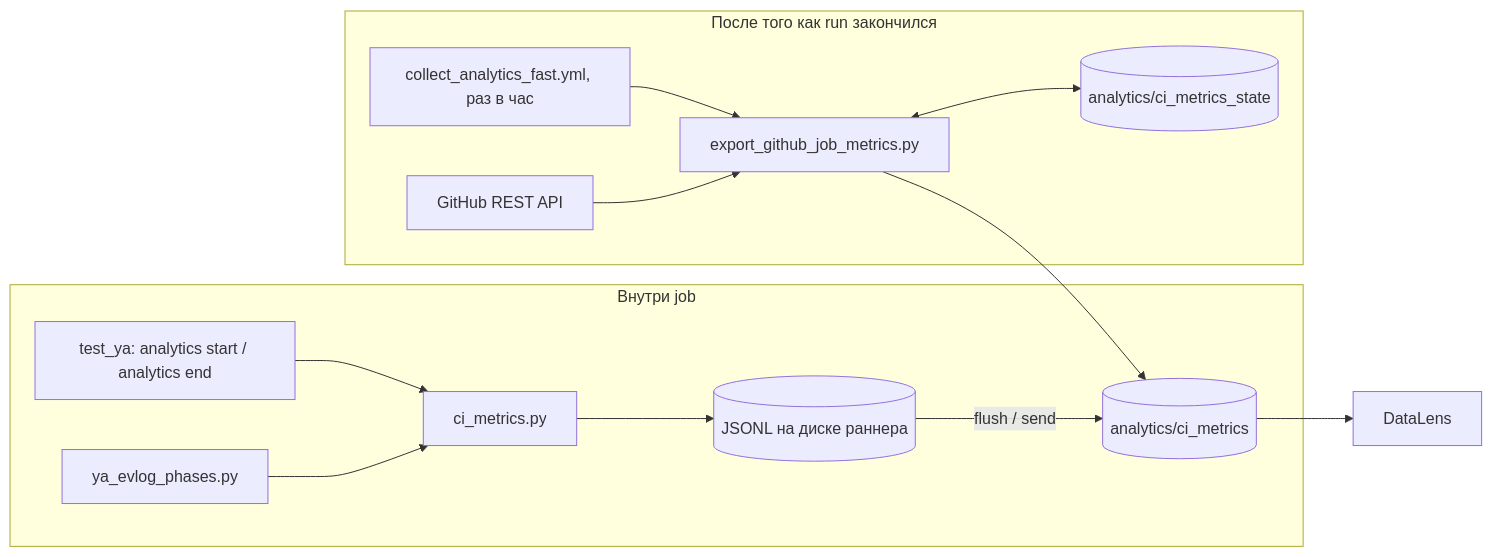
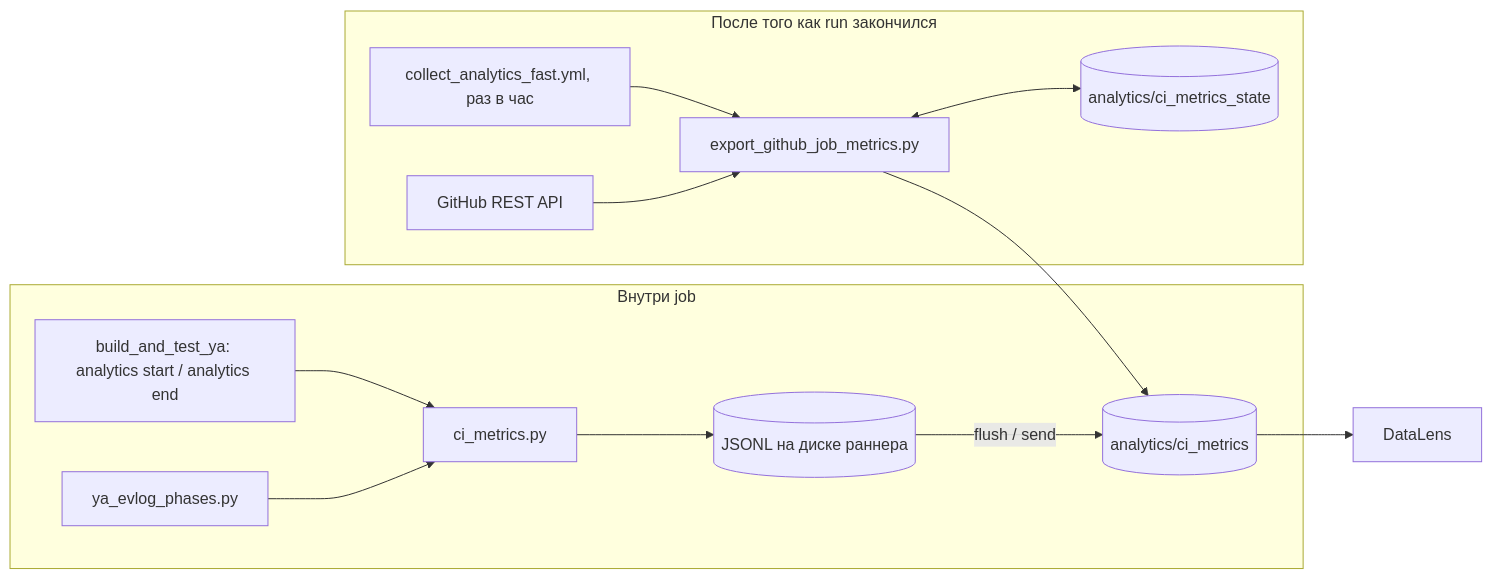
The diagram in .github/scripts/utils/analytics/README.md (ydb-platform/ydb), drawn with Mermaid before and after one commit. The commit also changed 9 other files, not shown here.

Commit message:
ci: merge ya build and test actions

````diff
--- a/.github/scripts/utils/analytics/README.md
+++ b/.github/scripts/utils/analytics/README.md
@@ -20,16 +20,16 @@
 ```mermaid
 flowchart LR
   subgraph inJob [Внутри job]
-    bash["test_ya: analytics start / analytics end"] --> cli["ci_metrics.py"]
+    bash["build_and_test_ya: analytics start / analytics end"] --> cli["ci_metrics.py"]
     evlog["ya_evlog_phases.py"] --> cli
     cli --> jsonl[("JSONL на диске раннера")]
     jsonl -->|"flush / send"| ydb
   end
   subgraph after [После того как run закончился]
     cron["collect_analytics_fast.yml, раз в час"] --> exp["export_github_job_metrics.py"]
     gh["GitHub REST API"] --> exp
     exp --> ydb
     exp <--> st[("analytics/ci_metrics_state")]
   end
   ydb[("analytics/ci_metrics")] --> dl["DataLens"]
 ```
````
